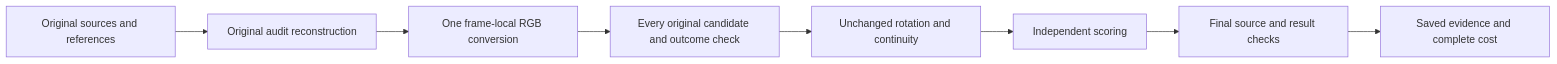
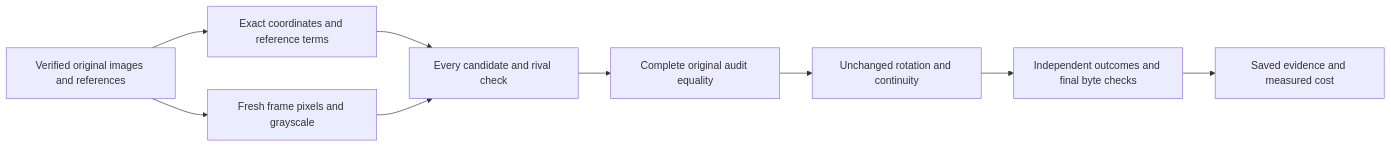
One commit to eyeoverthink/Fraynix-Agent-Workspace changed the diagram in README.md. Above: the diagram before and after it, drawn with Mermaid. The commit also changed other lines of this file and 76 other files, not shown here.

Commit message:
Document edition 157 precomputed original reconstruction

````diff
--- a/README.md
+++ b/README.md
@@ -120,10 +112,11 @@
 ```mermaid
 flowchart LR
-  A[Original sources and references] --> B[Original audit reconstruction]
-  B --> C[One frame-local RGB conversion]
-  C --> D[Every original candidate and outcome check]
-  D --> E[Unchanged rotation and continuity]
-  E --> F[Independent scoring]
-  F --> G[Final source and result checks]
-  G --> H[Saved evidence and complete cost]
+  A[Verified original images and references] --> B[Exact coordinates and reference terms]
+  A --> C[Fresh frame pixels and grayscale]
+  B --> D[Every candidate and rival check]
+  C --> D
+  D --> E[Complete original audit equality]
+  E --> F[Unchanged rotation and continuity]
+  F --> G[Independent outcomes and final byte checks]
+  G --> H[Saved evidence and measured cost]
 ```
````
